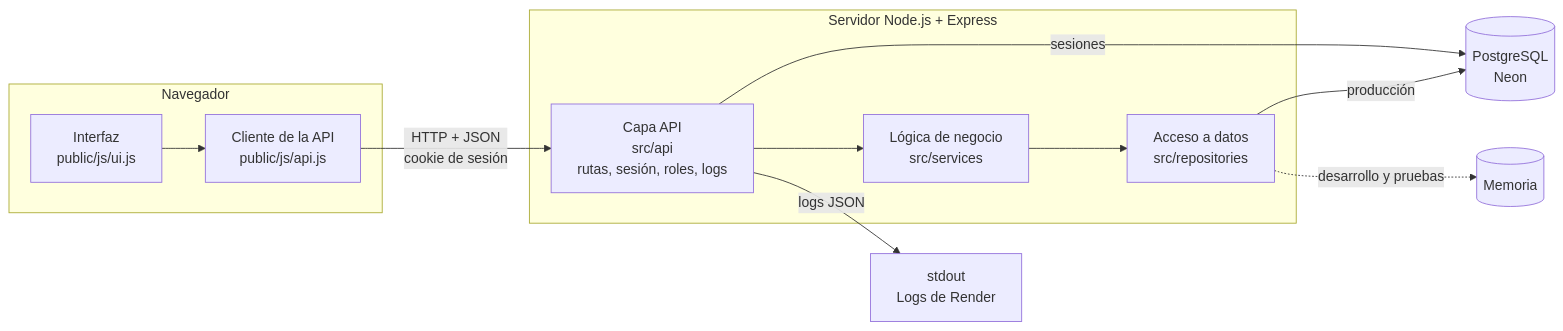
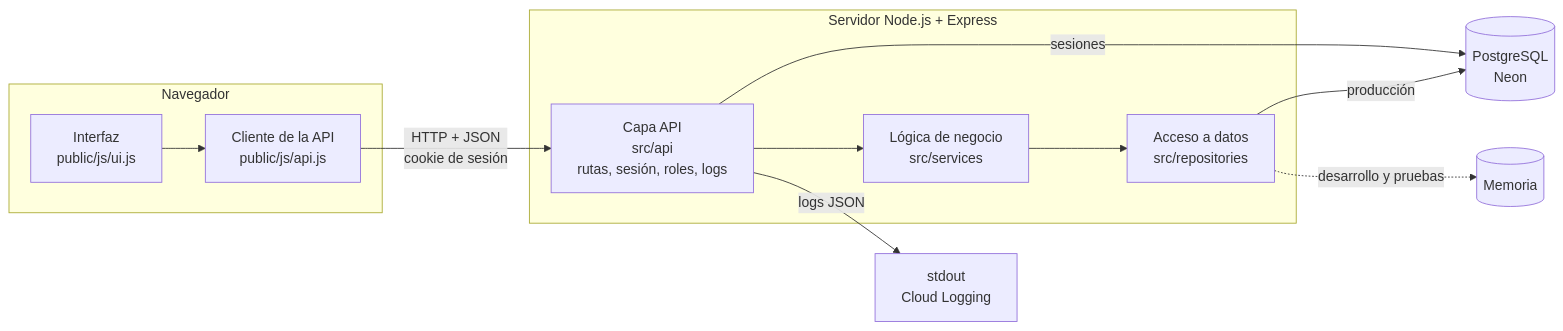
Before and after one commit to VelaElDios/la-grada-colchonera-saas: the first of 2 diagrams in README.md, drawn with Mermaid. The commit also changed other lines of this file and 4 other files, not shown here.

````diff
--- a/README.md
+++ b/README.md
@@ -55,15 +66,15 @@
 ```mermaid
 flowchart LR
     subgraph Navegador
         UI["Interfaz<br/>public/js/ui.js"] --> CLI["Cliente de la API<br/>public/js/api.js"]
     end
     CLI -- "HTTP + JSON<br/>cookie de sesión" --> API
     subgraph "Servidor Node.js + Express"
         API["Capa API<br/>src/api<br/>rutas, sesión, roles, logs"] --> SRV["Lógica de negocio<br/>src/services"]
         SRV --> REPO["Acceso a datos<br/>src/repositories"]
     end
     REPO -- "producción" --> PG[("PostgreSQL<br/>Neon")]
     REPO -. "desarrollo y pruebas" .-> MEM[("Memoria")]
     API -- "sesiones" --> PG
-    API -- "logs JSON" --> LOGS["stdout<br/>Logs de Render"]
+    API -- "logs JSON" --> LOGS["stdout<br/>Cloud Logging"]
 ```
````
